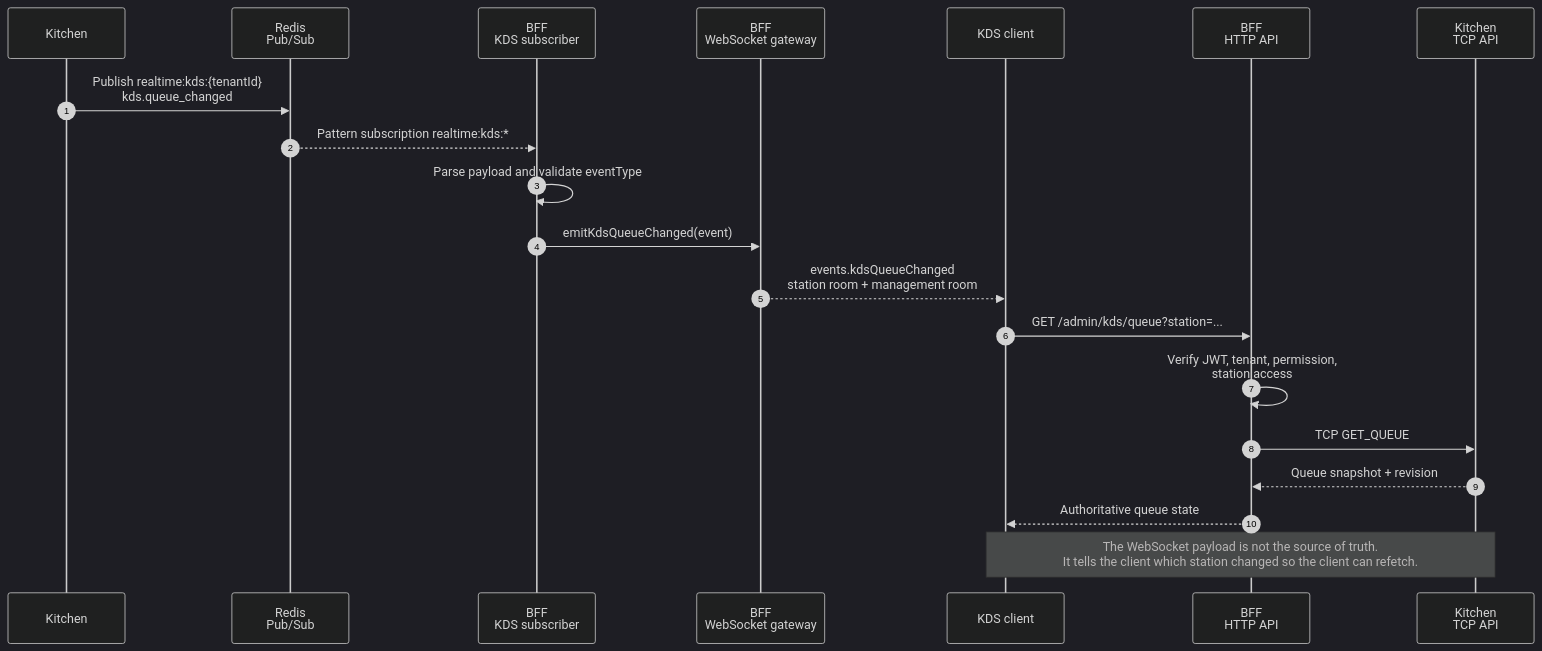
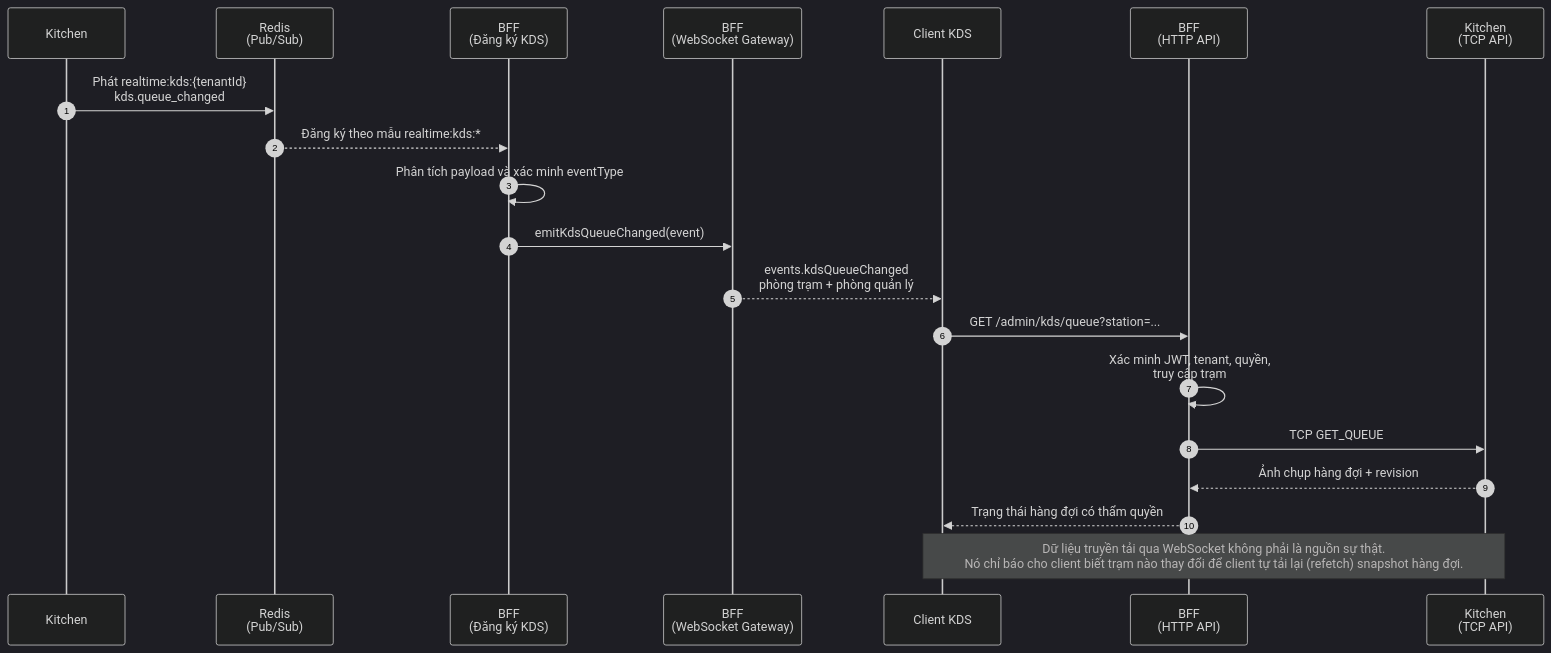
One commit to quan-vo-dinh/saas-pos-microservices-qrtable changed the diagram in docs/graduation-thesis-resources/thesis-report/assets/diagrams/chapter5-kds-realtime-refetch.mmd. Above: the diagram before and after it, drawn with Mermaid (dark theme). The commit also changed other lines of this file and 98 other files, not shown here.

```diff
--- a/docs/graduation-thesis-resources/thesis-report/assets/diagrams/chapter5-kds-realtime-refetch.mmd
+++ b/docs/graduation-thesis-resources/thesis-report/assets/diagrams/chapter5-kds-realtime-refetch.mmd
@@ -1,22 +1,22 @@
 sequenceDiagram
   autonumber
   participant Kitchen as Kitchen
-  participant Redis as Redis<br/>Pub/Sub
-  participant Sub as BFF<br/>KDS subscriber
-  participant WS as BFF<br/>WebSocket gateway
-  participant UI as KDS client
-  participant API as BFF<br/>HTTP API
-  participant KDS as Kitchen<br/>TCP API
+  participant Redis as Redis<br/>(Pub/Sub)
+  participant Sub as BFF<br/>(Đăng ký KDS)
+  participant WS as BFF<br/>(WebSocket Gateway)
+  participant UI as Client KDS
+  participant API as BFF<br/>(HTTP API)
+  participant KDS as Kitchen<br/>(TCP API)
 
-  Kitchen->>Redis: Publish realtime:kds:{tenantId}<br/>kds.queue_changed
-  Redis-->>Sub: Pattern subscription realtime:kds:*
-  Sub->>Sub: Parse payload and validate eventType
+  Kitchen->>Redis: Phát realtime:kds:{tenantId}<br/>kds.queue_changed
+  Redis-->>Sub: Đăng ký theo mẫu realtime:kds:*
+  Sub->>Sub: Phân tích payload và xác minh eventType
   Sub->>WS: emitKdsQueueChanged(event)
-  WS-->>UI: events.kdsQueueChanged<br/>station room + management room
+  WS-->>UI: events.kdsQueueChanged<br/>phòng trạm + phòng quản lý
   UI->>API: GET /admin/kds/queue?station=...
-  API->>API: Verify JWT, tenant, permission,<br/>station access
+  API->>API: Xác minh JWT, tenant, quyền,<br/>truy cập trạm
   API->>KDS: TCP GET_QUEUE
-  KDS-->>API: Queue snapshot + revision
-  API-->>UI: Authoritative queue state
+  KDS-->>API: Ảnh chụp hàng đợi + revision
+  API-->>UI: Trạng thái hàng đợi có thẩm quyền
 
-  Note over UI,KDS: The WebSocket payload is not the source of truth.<br/>It tells the client which station changed so the client can refetch.
+  Note over UI,KDS: Dữ liệu truyền tải qua WebSocket không phải là nguồn sự thật.<br/>Nó chỉ báo cho client biết trạm nào thay đổi để client tự tải lại (refetch) snapshot hàng đợi.
```
